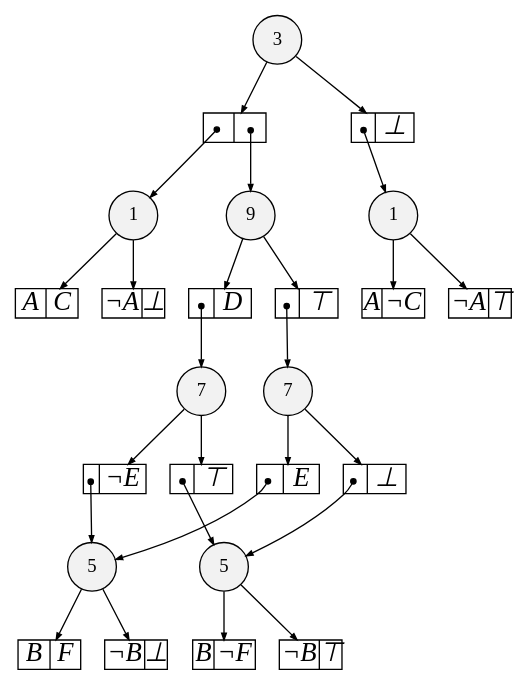
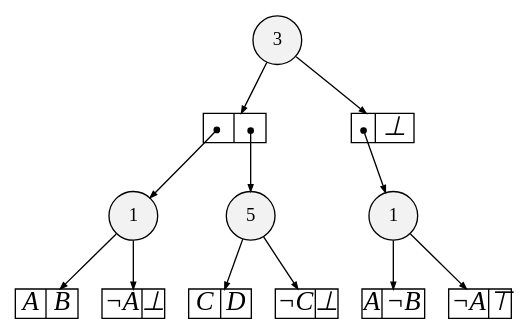
One commit to Soichi-Utsunomiya/FTA-by-SDD changed the diagram in output/sample_sdd.dot. Above: the diagram before and after it, drawn with Graphviz. The commit also changed 10 other files, not shown here.

```diff
--- a/output/sample_sdd.dot
+++ b/output/sample_sdd.dot
@@ -3,15 +3,13 @@
 
 overlap=false
 
-{rank=same; n25 }
-{rank=same; n24 n22 }
-{rank=same; n19 n21 }
-{rank=same; n26 }
-{rank=same; n16 n15 }
+{rank=same; n14 }
+{rank=same; n15 }
+{rank=same; n12 n11 }
 
-n25 [label= "9",style=filled,fillcolor=gray95,shape=circle,height=.25,width=.25]; 
-n25e0
-      [label= "<L>|<R>D",
+n14 [label= "5",style=filled,fillcolor=gray95,shape=circle,height=.25,width=.25]; 
+n14e0
+      [label= "<L>C|<R>D",
       shape=record,
       fontsize=20,
       fontname="Times-Italic",
@@ -21,10 +19,9 @@
       height=.30, 
       width=.65];
 
-n25->n25e0 [arrowsize=.50];
-n25e0:L:c->n24 [arrowsize=.50,tailclip=false,arrowtail=dot,dir=both];
-n25e1
-      [label= "<L>|<R>&#8868;",
+n14->n14e0 [arrowsize=.50];
+n14e1
+      [label= "<L>&not;C|<R>&#8869;",
       shape=record,
       fontsize=20,
       fontname="Times-Italic",
@@ -34,11 +31,10 @@
       height=.30, 
       width=.65];
 
-n25->n25e1 [arrowsize=.50];
-n25e1:L:c->n22 [arrowsize=.50,tailclip=false,arrowtail=dot,dir=both];
-n24 [label= "7",style=filled,fillcolor=gray95,shape=circle,height=.25,width=.25]; 
-n24e0
-      [label= "<L>|<R>&not;E",
+n14->n14e1 [arrowsize=.50];
+n15 [label= "3",style=filled,fillcolor=gray95,shape=circle,height=.25,width=.25]; 
+n15e0
+      [label= "<L>|<R>",
       shape=record,
       fontsize=20,
       fontname="Times-Italic",
@@ -48,36 +44,10 @@
       height=.30, 
       width=.65];
 
-n24->n24e0 [arrowsize=.50];
-n24e0:L:c->n19 [arrowsize=.50,tailclip=false,arrowtail=dot,dir=both];
-n24e1
-      [label= "<L>|<R>&#8868;",
-      shape=record,
-      fontsize=20,
-      fontname="Times-Italic",
-      fillcolor=white,
-      style=filled,
-      fixedsize=true,
-      height=.30, 
-      width=.65];
-
-n24->n24e1 [arrowsize=.50];
-n24e1:L:c->n21 [arrowsize=.50,tailclip=false,arrowtail=dot,dir=both];
-n22 [label= "7",style=filled,fillcolor=gray95,shape=circle,height=.25,width=.25]; 
-n22e0
-      [label= "<L>|<R>E",
-      shape=record,
-      fontsize=20,
-      fontname="Times-Italic",
-      fillcolor=white,
-      style=filled,
-      fixedsize=true,
-      height=.30, 
-      width=.65];
-
-n22->n22e0 [arrowsize=.50];
-n22e0:L:c->n19 [arrowsize=.50,tailclip=false,arrowtail=dot,dir=both];
-n22e1
+n15->n15e0 [arrowsize=.50];
+n15e0:L:c->n11 [arrowsize=.50,tailclip=false,arrowtail=dot,dir=both];
+n15e0:R:c->n14 [arrowsize=.50,tailclip=false,arrowtail=dot,dir=both];
+n15e1
       [label= "<L>|<R>&#8869;",
       shape=record,
       fontsize=20,
@@ -88,11 +58,11 @@
       height=.30, 
       width=.65];
 
-n22->n22e1 [arrowsize=.50];
-n22e1:L:c->n21 [arrowsize=.50,tailclip=false,arrowtail=dot,dir=both];
-n19 [label= "5",style=filled,fillcolor=gray95,shape=circle,height=.25,width=.25]; 
-n19e0
-      [label= "<L>B|<R>F",
+n15->n15e1 [arrowsize=.50];
+n15e1:L:c->n12 [arrowsize=.50,tailclip=false,arrowtail=dot,dir=both];
+n12 [label= "1",style=filled,fillcolor=gray95,shape=circle,height=.25,width=.25]; 
+n12e0
+      [label= "<L>A|<R>&not;B",
       shape=record,
       fontsize=20,
       fontname="Times-Italic",
@@ -102,86 +72,8 @@
       height=.30, 
       width=.65];
 
-n19->n19e0 [arrowsize=.50];
-n19e1
-      [label= "<L>&not;B|<R>&#8869;",
-      shape=record,
-      fontsize=20,
-      fontname="Times-Italic",
-      fillcolor=white,
-      style=filled,
-      fixedsize=true,
-      height=.30, 
-      width=.65];
-
-n19->n19e1 [arrowsize=.50];
-n21 [label= "5",style=filled,fillcolor=gray95,shape=circle,height=.25,width=.25]; 
-n21e0
-      [label= "<L>B|<R>&not;F",
-      shape=record,
-      fontsize=20,
-      fontname="Times-Italic",
-      fillcolor=white,
-      style=filled,
-      fixedsize=true,
-      height=.30, 
-      width=.65];
-
-n21->n21e0 [arrowsize=.50];
-n21e1
-      [label= "<L>&not;B|<R>&#8868;",
-      shape=record,
-      fontsize=20,
-      fontname="Times-Italic",
-      fillcolor=white,
-      style=filled,
-      fixedsize=true,
-      height=.30, 
-      width=.65];
-
-n21->n21e1 [arrowsize=.50];
-n26 [label= "3",style=filled,fillcolor=gray95,shape=circle,height=.25,width=.25]; 
-n26e0
-      [label= "<L>|<R>",
-      shape=record,
-      fontsize=20,
-      fontname="Times-Italic",
-      fillcolor=white,
-      style=filled,
-      fixedsize=true,
-      height=.30, 
-      width=.65];
-
-n26->n26e0 [arrowsize=.50];
-n26e0:L:c->n15 [arrowsize=.50,tailclip=false,arrowtail=dot,dir=both];
-n26e0:R:c->n25 [arrowsize=.50,tailclip=false,arrowtail=dot,dir=both];
-n26e1
-      [label= "<L>|<R>&#8869;",
-      shape=record,
-      fontsize=20,
-      fontname="Times-Italic",
-      fillcolor=white,
-      style=filled,
-      fixedsize=true,
-      height=.30, 
-      width=.65];
-
-n26->n26e1 [arrowsize=.50];
-n26e1:L:c->n16 [arrowsize=.50,tailclip=false,arrowtail=dot,dir=both];
-n16 [label= "1",style=filled,fillcolor=gray95,shape=circle,height=.25,width=.25]; 
-n16e0
-      [label= "<L>A|<R>&not;C",
-      shape=record,
-      fontsize=20,
-      fontname="Times-Italic",
-      fillcolor=white,
-      style=filled,
-      fixedsize=true,
-      height=.30, 
-      width=.65];
-
-n16->n16e0 [arrowsize=.50];
-n16e1
+n12->n12e0 [arrowsize=.50];
+n12e1
       [label= "<L>&not;A|<R>&#8868;",
       shape=record,
       fontsize=20,
@@ -192,10 +84,10 @@
       height=.30, 
       width=.65];
 
-n16->n16e1 [arrowsize=.50];
-n15 [label= "1",style=filled,fillcolor=gray95,shape=circle,height=.25,width=.25]; 
-n15e0
-      [label= "<L>A|<R>C",
+n12->n12e1 [arrowsize=.50];
+n11 [label= "1",style=filled,fillcolor=gray95,shape=circle,height=.25,width=.25]; 
+n11e0
+      [label= "<L>A|<R>B",
       shape=record,
       fontsize=20,
       fontname="Times-Italic",
@@ -205,8 +97,8 @@
       height=.30, 
       width=.65];
 
-n15->n15e0 [arrowsize=.50];
-n15e1
+n11->n11e0 [arrowsize=.50];
+n11e1
       [label= "<L>&not;A|<R>&#8869;",
       shape=record,
       fontsize=20,
@@ -217,7 +109,7 @@
       height=.30, 
       width=.65];
 
-n15->n15e1 [arrowsize=.50];
+n11->n11e1 [arrowsize=.50];
 
 
 }
```
